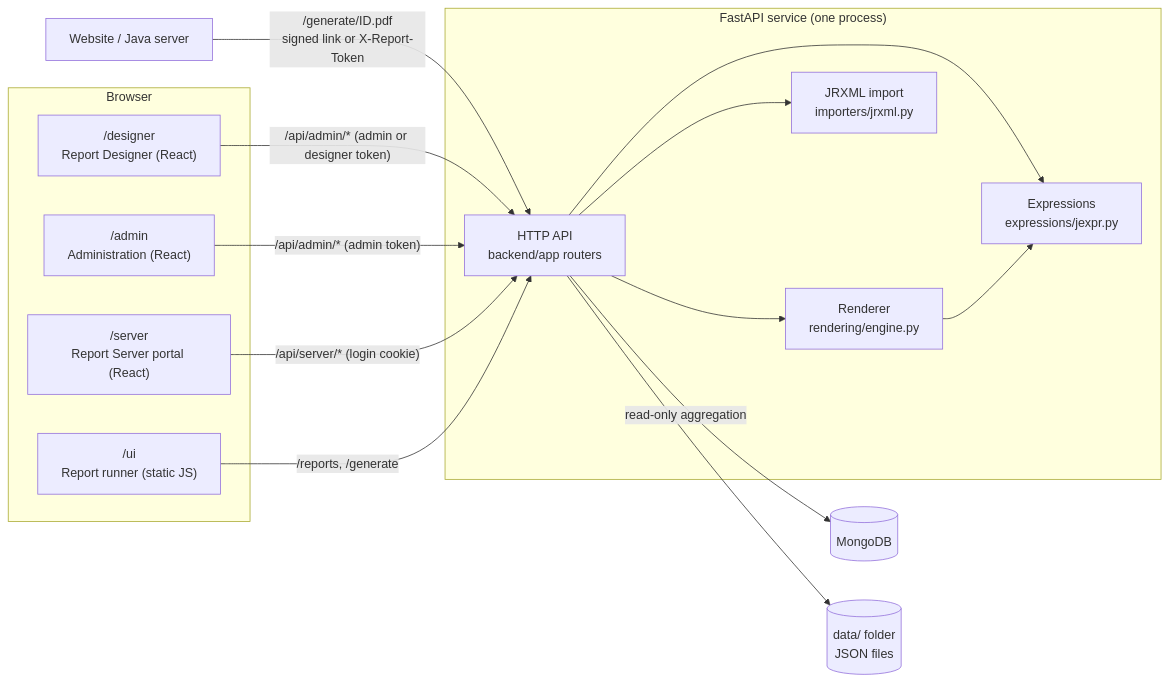
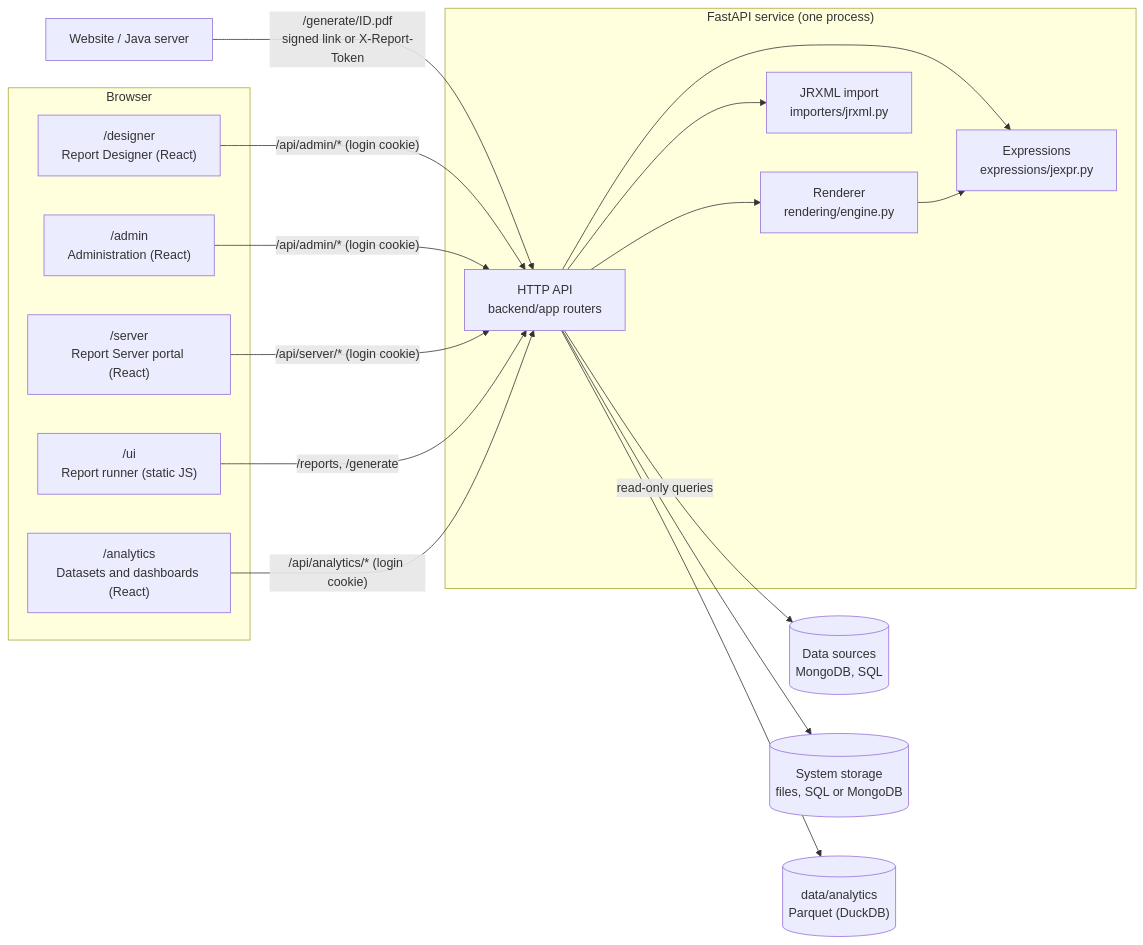
Before and after one commit to Mubashir-Anwar/Reports-Analytics-Project: the diagram in ARCHITECTURE.md, drawn with Mermaid. The commit also changed other lines of this file and 166 other files, not shown here.

First line of the commit message:
Analysis: Analytics (datasets, model, dashboards), Power BI import, cleanup

````diff
--- a/ARCHITECTURE.md
+++ b/ARCHITECTURE.md
@@ -14,22 +16,25 @@
 ```mermaid
 flowchart LR
   subgraph Browser
     D["/designer<br/>Report Designer (React)"]
     S["/server<br/>Report Server portal (React)"]
     A["/admin<br/>Administration (React)"]
     U["/ui<br/>Report runner (static JS)"]
+    B["/analytics<br/>Datasets and dashboards (React)"]
   end
   W["Website / Java server"] -->|"/generate/ID.pdf<br/>signed link or X-Report-Token"| API
-  D -->|"/api/admin/* (admin or designer token)"| API
-  A -->|"/api/admin/* (admin token)"| API
+  D -->|"/api/admin/* (login cookie)"| API
+  A -->|"/api/admin/* (login cookie)"| API
   S -->|"/api/server/* (login cookie)"| API
   U -->|"/reports, /generate"| API
+  B -->|"/api/analytics/* (login cookie)"| API
   subgraph Service["FastAPI service (one process)"]
     API["HTTP API<br/>backend/app routers"] --> R["Renderer<br/>rendering/engine.py"]
     API --> X["Expressions<br/>expressions/jexpr.py"]
     API --> J["JRXML import<br/>importers/jrxml.py"]
     R --> X
   end
-  API -->|"read-only aggregation"| M[(MongoDB)]
-  API --> F[("data/ folder<br/>JSON files")]
+  API -->|"read-only queries"| M[("Data sources<br/>MongoDB, SQL")]
+  API --> F[("System storage<br/>files, SQL or MongoDB")]
+  API --> P[("data/analytics<br/>Parquet (DuckDB)")]
 ```
````
